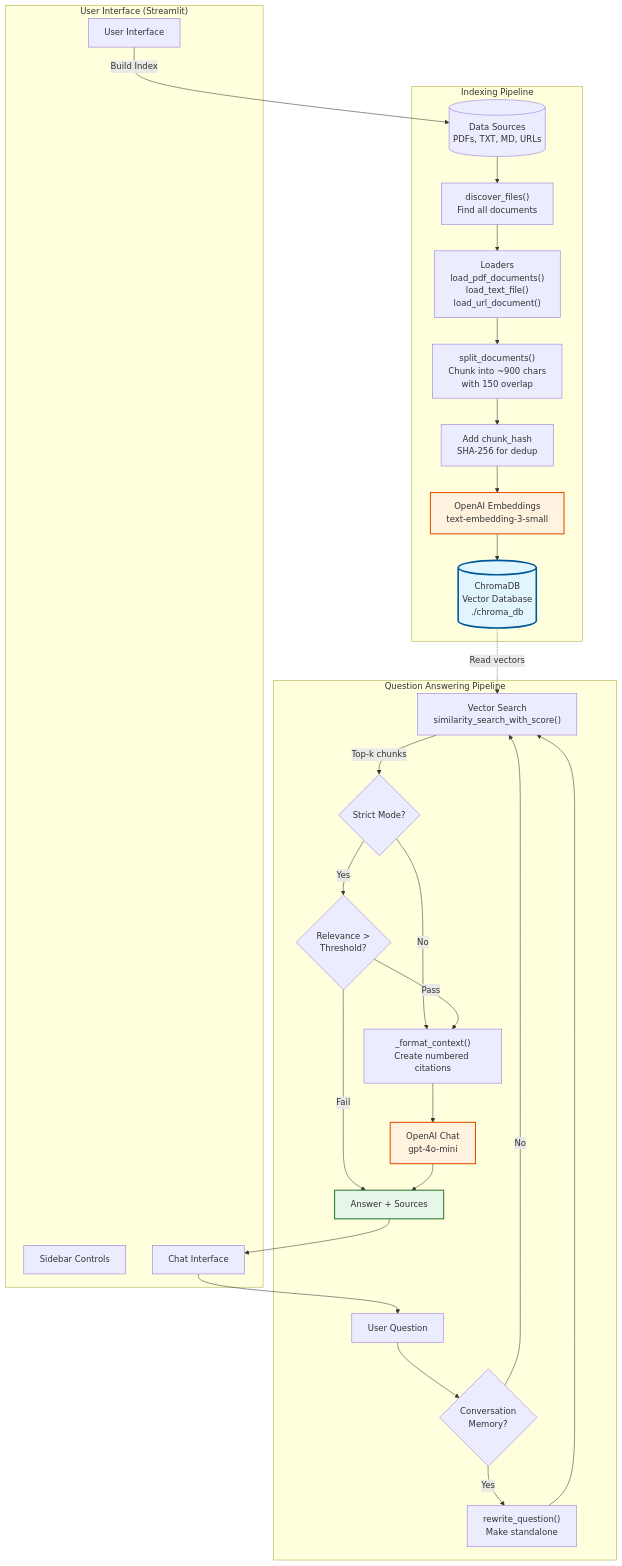
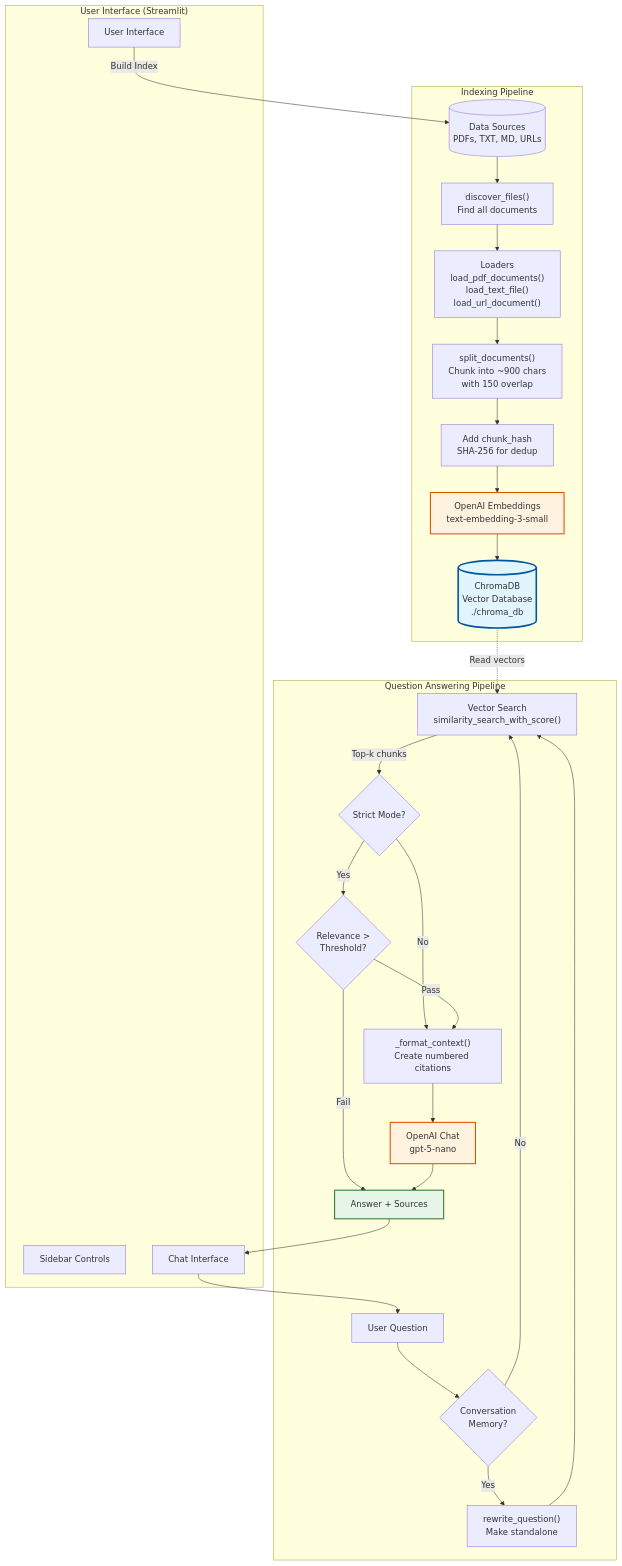
The first of 2 diagrams in README.md (Perceptron42/llm_rag_streamlit), drawn with Mermaid before and after one commit. The commit also changed other lines of this file, not shown here.

````diff
--- a/README.md
+++ b/README.md
@@ -155,62 +155,62 @@
 ```mermaid
 graph TB
     subgraph "User Interface (Streamlit)"
         UI[User Interface]
         SIDEBAR[Sidebar Controls]
         CHAT[Chat Interface]
     end
 
     subgraph "Indexing Pipeline"
         DATA[("Data Sources<br/>PDFs, TXT, MD, URLs")]
         DISCOVER["discover_files()<br/>Find all documents"]
         LOAD["Loaders<br/>load_pdf_documents()<br/>load_text_file()<br/>load_url_document()"]
         SPLIT["split_documents()<br/>Chunk into ~900 chars<br/>with 150 overlap"]
         HASH["Add chunk_hash<br/>SHA-256 for dedup"]
         EMBED["OpenAI Embeddings<br/>text-embedding-3-small"]
         CHROMA[("ChromaDB<br/>Vector Database<br/>./chroma_db")]
     end
 
     subgraph "Question Answering Pipeline"
         QUESTION["User Question"]
         MEMORY{"Conversation<br/>Memory?"}
         REWRITE["rewrite_question()<br/>Make standalone"]
         SEARCH["Vector Search<br/>similarity_search_with_score()"]
         STRICT{"Strict Mode?"}
         RELEVANCE{"Relevance ><br/>Threshold?"}
         FORMAT["_format_context()<br/>Create numbered citations"]
-        LLM["OpenAI Chat<br/>gpt-4o-mini"]
+        LLM["OpenAI Chat<br/>gpt-5-nano"]
         ANSWER["Answer + Sources"]
     end
 
     %% Indexing Flow
     UI --> |Build Index| DATA
     DATA --> DISCOVER
     DISCOVER --> LOAD
     LOAD --> SPLIT
     SPLIT --> HASH
     HASH --> EMBED
     EMBED --> CHROMA
 
     %% Question Flow
     CHAT --> QUESTION
     QUESTION --> MEMORY
     MEMORY --> |Yes| REWRITE
     MEMORY --> |No| SEARCH
     REWRITE --> SEARCH
     SEARCH --> |Top-k chunks| STRICT
     STRICT --> |Yes| RELEVANCE
     STRICT --> |No| FORMAT
     RELEVANCE --> |Pass| FORMAT
     RELEVANCE --> |Fail| ANSWER
     FORMAT --> LLM
     LLM --> ANSWER
     ANSWER --> CHAT
 
     %% Database connections
     CHROMA -.-> |Read vectors| SEARCH
 
     style CHROMA fill:#e1f5ff,stroke:#01579b,stroke-width:3px
     style LLM fill:#fff3e0,stroke:#e65100,stroke-width:2px
     style EMBED fill:#fff3e0,stroke:#e65100,stroke-width:2px
     style ANSWER fill:#e8f5e9,stroke:#2e7d32,stroke-width:2px
 ```
````
